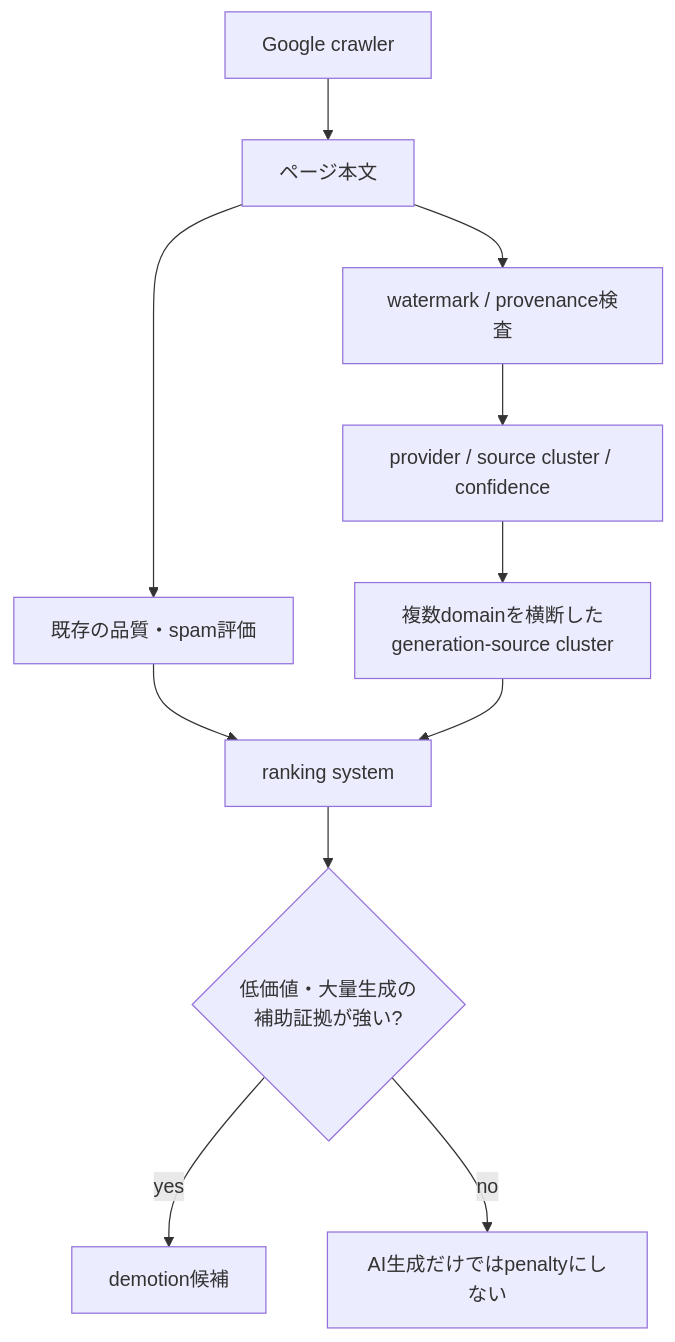
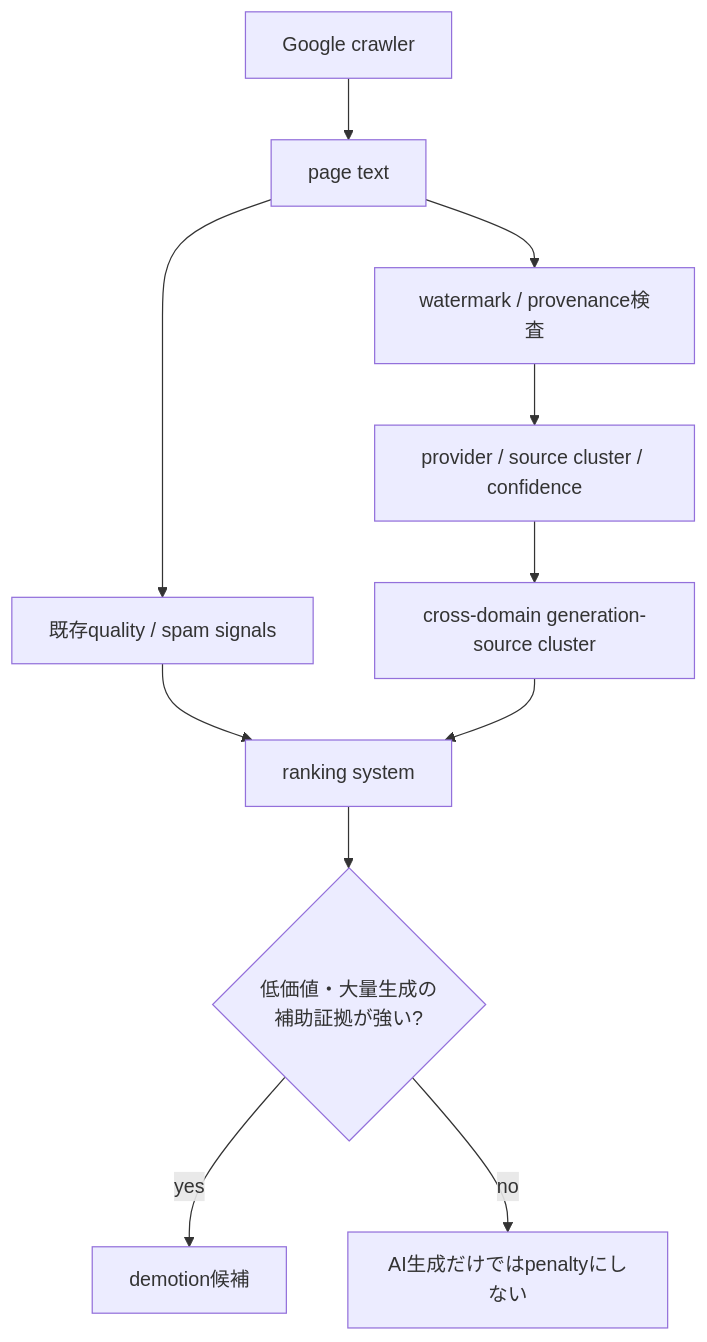
One commit to KAFKA2306/articles changed the fifth of 6 diagrams in articles/claude-watermark-secret-key-detection.md. Above: the diagram before and after it, drawn with Mermaid. The commit also changed other lines of this file, not shown here.

````diff
--- a/articles/claude-watermark-secret-key-detection.md
+++ b/articles/claude-watermark-secret-key-detection.md
@@ -311,16 +377,16 @@
 ```mermaid
 flowchart TB
-    C[Google crawler] --> P[ページ本文]
-    P --> Q[既存の品質・spam評価]
+    C[Google crawler] --> P[page text]
+    P --> Q[既存quality / spam signals]
     P --> W[watermark / provenance検査]
 
     W --> A[provider / source cluster / confidence]
-    A --> X[複数domainを横断した<br/>generation-source cluster]
+    A --> X[cross-domain generation-source cluster]
 
     Q --> R[ranking system]
     X --> R
 
     R --> S{低価値・大量生成の<br/>補助証拠が強い?}
     S -->|yes| D[demotion候補]
     S -->|no| N[AI生成だけではpenaltyにしない]
 ```
````
